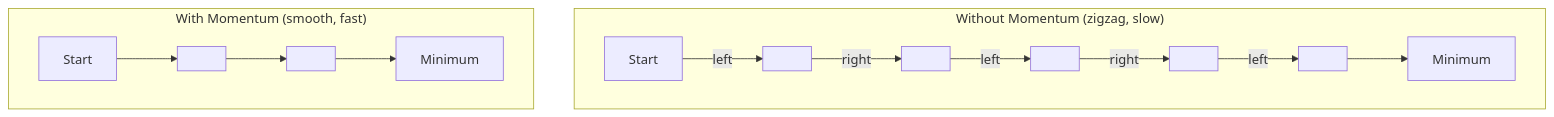
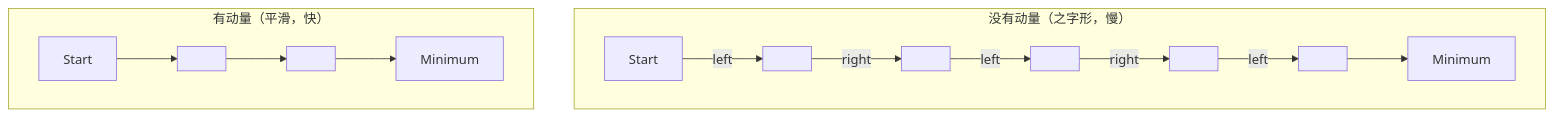
Before and after one commit to omigaZen/ai-engineering-from-scratch: the third of 5 diagrams in phases/01-math-foundations/08-optimization/docs/zh.md, drawn with Mermaid. The commit also changed other lines of this file, not shown here.

````diff
--- a/phases/01-math-foundations/08-optimization/docs/zh.md
+++ b/phases/01-math-foundations/08-optimization/docs/zh.md
@@ -104,14 +104,14 @@
 ```mermaid
 graph TD
-    subgraph Without["Without Momentum (zigzag, slow)"]
+    subgraph Without["没有动量（之字形，慢）"]
         W1["Start"] -->|left| W2[" "]
         W2 -->|right| W3[" "]
         W3 -->|left| W4[" "]
         W4 -->|right| W5[" "]
         W5 -->|left| W6[" "]
         W6 --> W7["Minimum"]
     end
-    subgraph With["With Momentum (smooth, fast)"]
+    subgraph With["有动量（平滑，快）"]
         M1["Start"] --> M2[" "] --> M3[" "] --> M4["Minimum"]
     end
 ```
````
